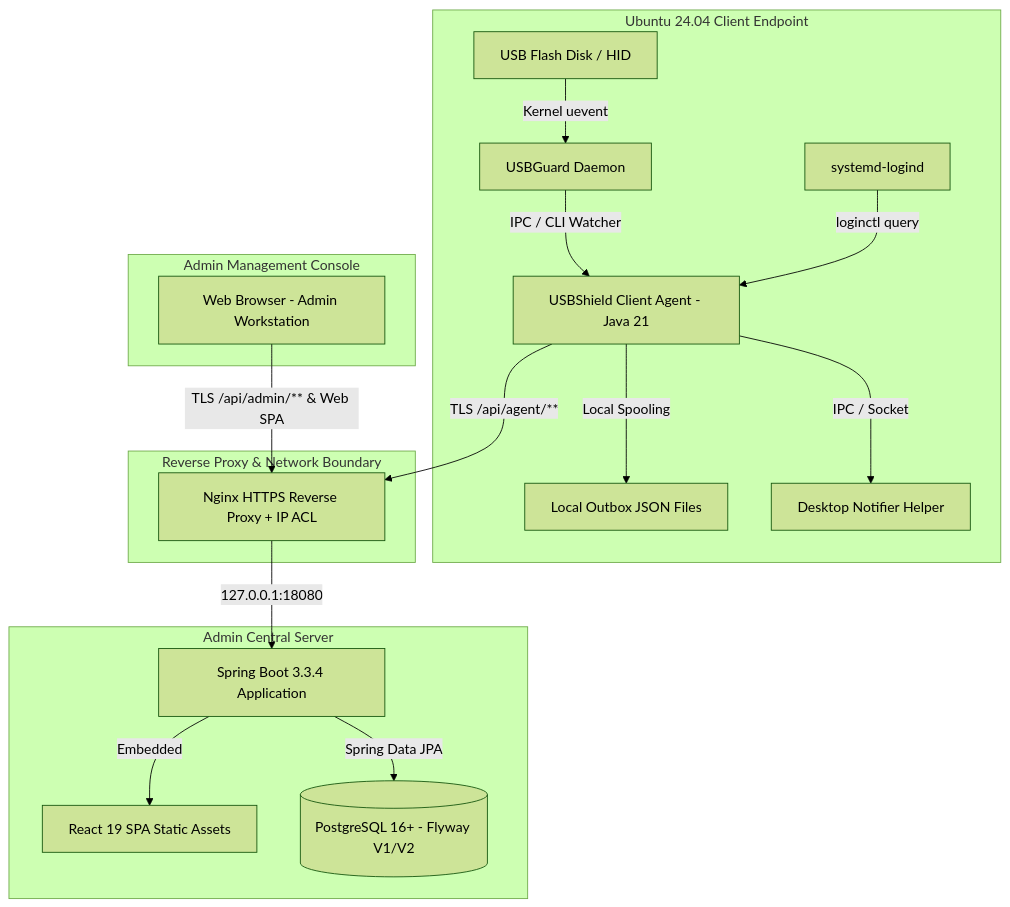
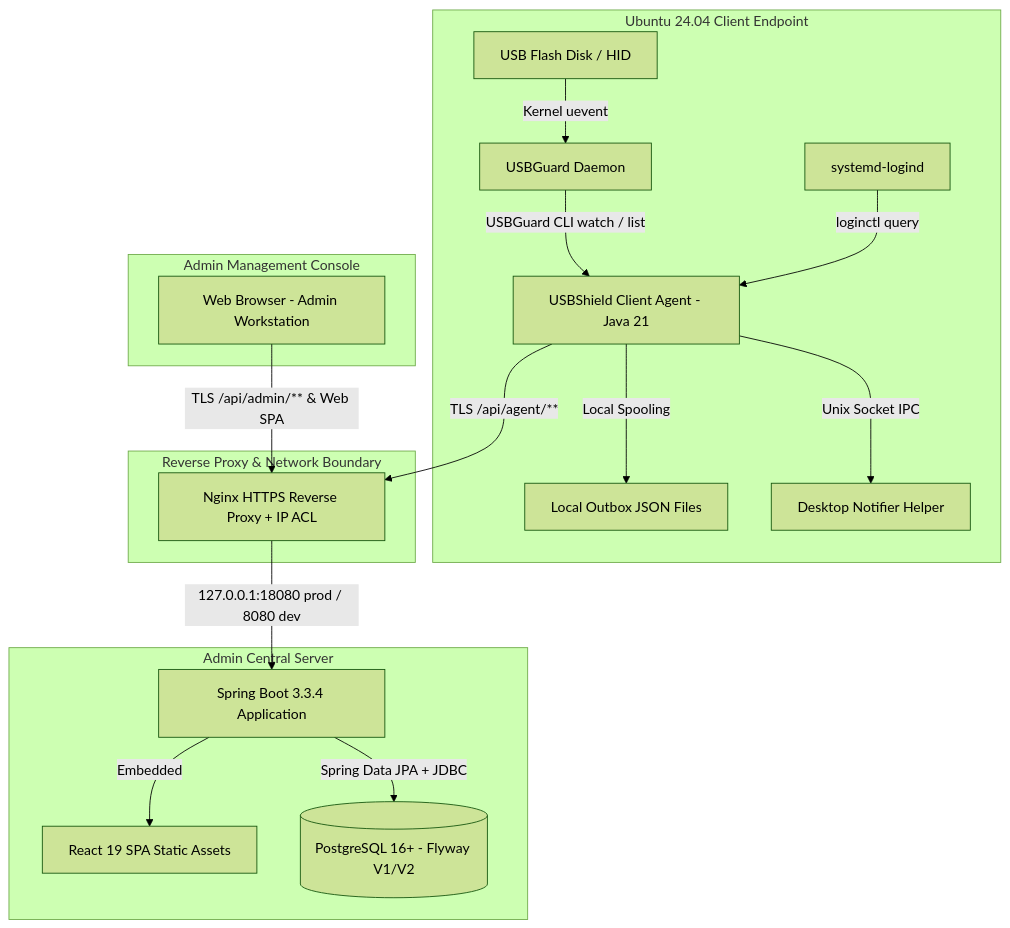
Before and after one commit to chivan2925/USBProtection: the diagram in docs/DEVELOPER_CODING_GUIDE.md, drawn with Mermaid (forest theme). The commit also changed other lines of this file and 2 other files, not shown here.

````diff
--- a/docs/DEVELOPER_CODING_GUIDE.md
+++ b/docs/DEVELOPER_CODING_GUIDE.md
@@ -18,30 +19,30 @@
 ```mermaid
 graph TB
     subgraph Client_Ubuntu ["Ubuntu 24.04 Client Endpoint"]
         USB[USB Flash Disk / HID] -->|Kernel uevent| UG[USBGuard Daemon]
-        UG -->|IPC / CLI Watcher| AGENT[USBShield Client Agent - Java 21]
+        UG -->|USBGuard CLI watch / list| AGENT[USBShield Client Agent - Java 21]
         LOGIND[systemd-logind] -->|loginctl query| AGENT
         AGENT -->|Local Spooling| OUTBOX[Local Outbox JSON Files]
-        AGENT -->|IPC / Socket| NOTIFY[Desktop Notifier Helper]
+        AGENT -->|Unix Socket IPC| NOTIFY[Desktop Notifier Helper]
     end
 
     subgraph Reverse_Proxy ["Reverse Proxy & Network Boundary"]
         NGINX[Nginx HTTPS Reverse Proxy + IP ACL]
     end
 
     subgraph Central_Server ["Admin Central Server"]
         SPRING[Spring Boot 3.3.4 Application]
         SPA[React 19 SPA Static Assets]
         PG[(PostgreSQL 16+ - Flyway V1/V2)]
         SPRING -->|Embedded| SPA
-        SPRING -->|Spring Data JPA| PG
+        SPRING -->|Spring Data JPA + JDBC| PG
     end
 
     subgraph Admin_Browser ["Admin Management Console"]
         BROWSER[Web Browser - Admin Workstation]
     end
 
     AGENT -->|TLS /api/agent/**| NGINX
     BROWSER -->|TLS /api/admin/** & Web SPA| NGINX
-    NGINX -->|127.0.0.1:18080| SPRING
+    NGINX -->|127.0.0.1:18080 prod / 8080 dev| SPRING
 ```
````
